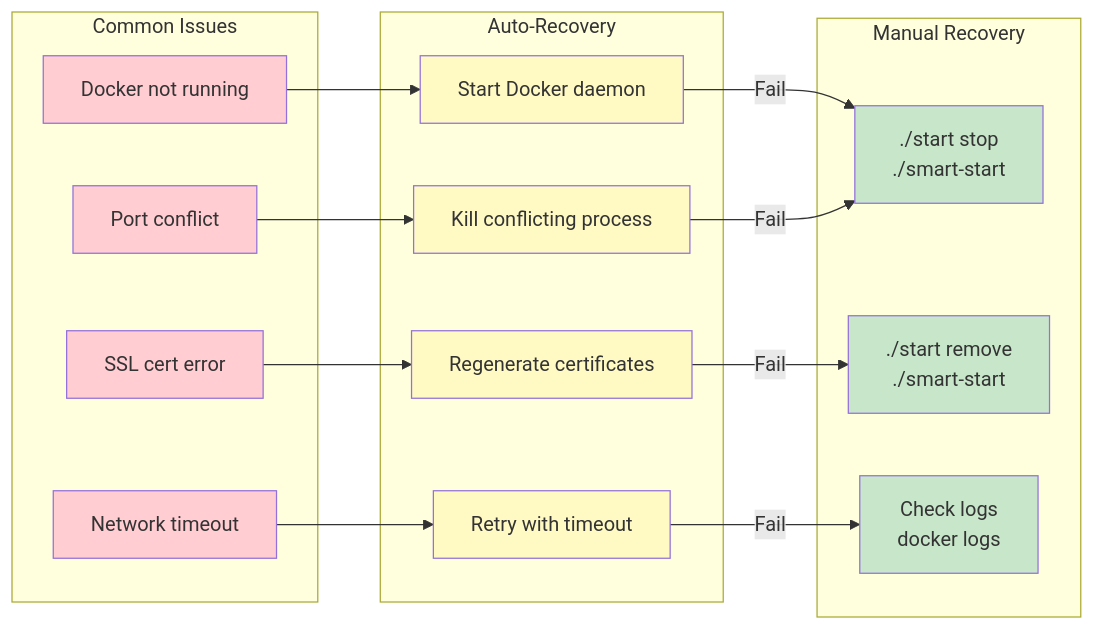
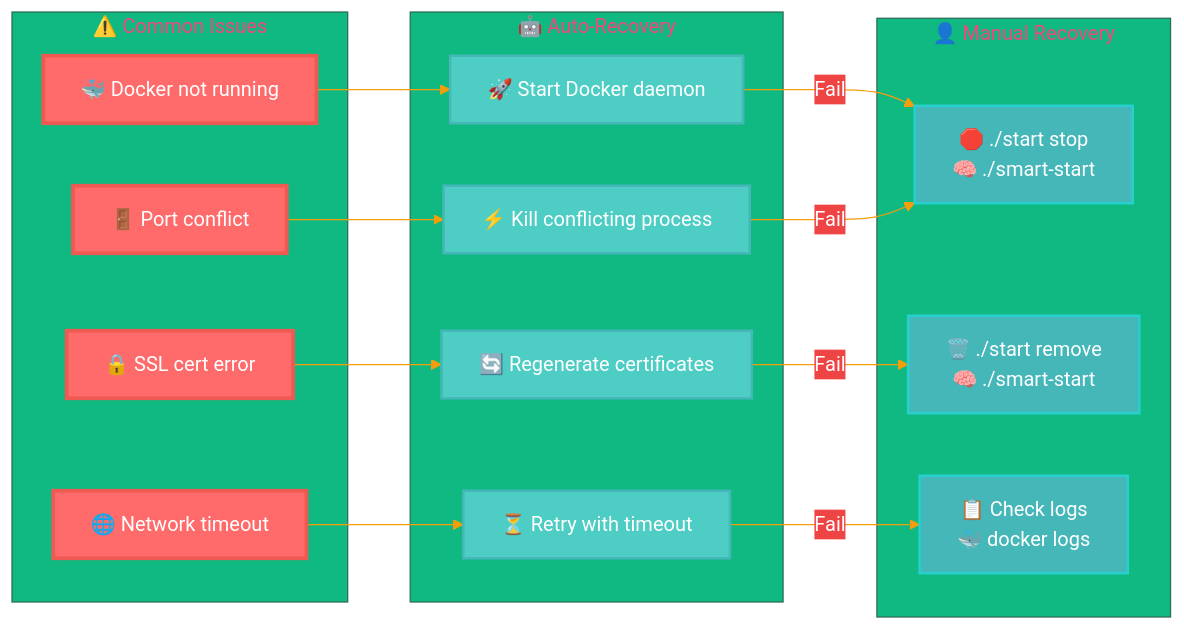
Before and after one commit to GraphDone/GraphDone-Core: the fourth of 6 diagrams in docs/installation-flow.md, drawn with Mermaid. The commit also changed other lines of this file, not shown here.

First line of the commit message:
✨ Transform Mermaid diagrams with modern professional styling

````diff
--- a/docs/installation-flow.md
+++ b/docs/installation-flow.md
@@ -154,44 +225,56 @@
 ```mermaid
+%%{init: {
+  'theme': 'base',
+  'themeVariables': {
+    'primaryColor': '#8B5CF6',
+    'primaryTextColor': '#ffffff',
+    'primaryBorderColor': '#A855F7',
+    'lineColor': '#F59E0B',
+    'secondaryColor': '#EF4444',
+    'tertiaryColor': '#10B981',
+    'background': '#0F0F23',
+    'mainBkg': '#8B5CF6',
+    'secondBkg': '#EF4444',
+    'tertiaryBkg': '#10B981'
+  }
+}}%%
+
 flowchart LR
-    subgraph "Common Issues"
-        E1[Docker not running]
-        E2[Port conflict]
-        E3[SSL cert error]
-        E4[Network timeout]
+    subgraph Issues ["⚠️ Common Issues"]
+        E1[🐳 Docker not running]
+        E2[🚪 Port conflict]
+        E3[🔒 SSL cert error]
+        E4[🌐 Network timeout]
     end
     
-    subgraph "Auto-Recovery"
-        F1[Start Docker daemon]
-        F2[Kill conflicting process]
-        F3[Regenerate certificates]
-        F4[Retry with timeout]
+    subgraph AutoFix ["🤖 Auto-Recovery"]
+        F1[🚀 Start Docker daemon]
+        F2[⚡ Kill conflicting process]
+        F3[🔄 Regenerate certificates]
+        F4[⏳ Retry with timeout]
     end
     
-    subgraph "Manual Recovery"
-        M1[./start stop<br/>./smart-start]
-        M2[./start remove<br/>./smart-start]
-        M3[Check logs<br/>docker logs]
+    subgraph Manual ["👤 Manual Recovery"]
+        M1[🛑 ./start stop<br/>🧠 ./smart-start]
+        M2[🗑️ ./start remove<br/>🧠 ./smart-start]
+        M3[📋 Check logs<br/>🐳 docker logs]
     end
     
     E1 --> F1
     E2 --> F2
     E3 --> F3
     E4 --> F4
     
     F1 -->|Fail| M1
     F2 -->|Fail| M1
     F3 -->|Fail| M2
     F4 -->|Fail| M3
     
-    style E1 fill:#ffcdd2
-    style E2 fill:#ffcdd2
-    style E3 fill:#ffcdd2
-    style E4 fill:#ffcdd2
-    style F1 fill:#fff9c4
-    style F2 fill:#fff9c4
-    style F3 fill:#fff9c4
-    style F4 fill:#fff9c4
-    style M1 fill:#c8e6c9
-    style M2 fill:#c8e6c9
-    style M3 fill:#c8e6c9
+    classDef errorStyle fill:#ff6b6b,stroke:#ee5a52,stroke-width:3px,color:#ffffff
+    classDef autoStyle fill:#4ecdc4,stroke:#45b7b8,stroke-width:2px,color:#ffffff
+    classDef manualStyle fill:#45b7b8,stroke:#26d0ce,stroke-width:2px,color:#ffffff
+    
+    class E1,E2,E3,E4 errorStyle
+    class F1,F2,F3,F4 autoStyle
+    class M1,M2,M3 manualStyle
 ```
````
